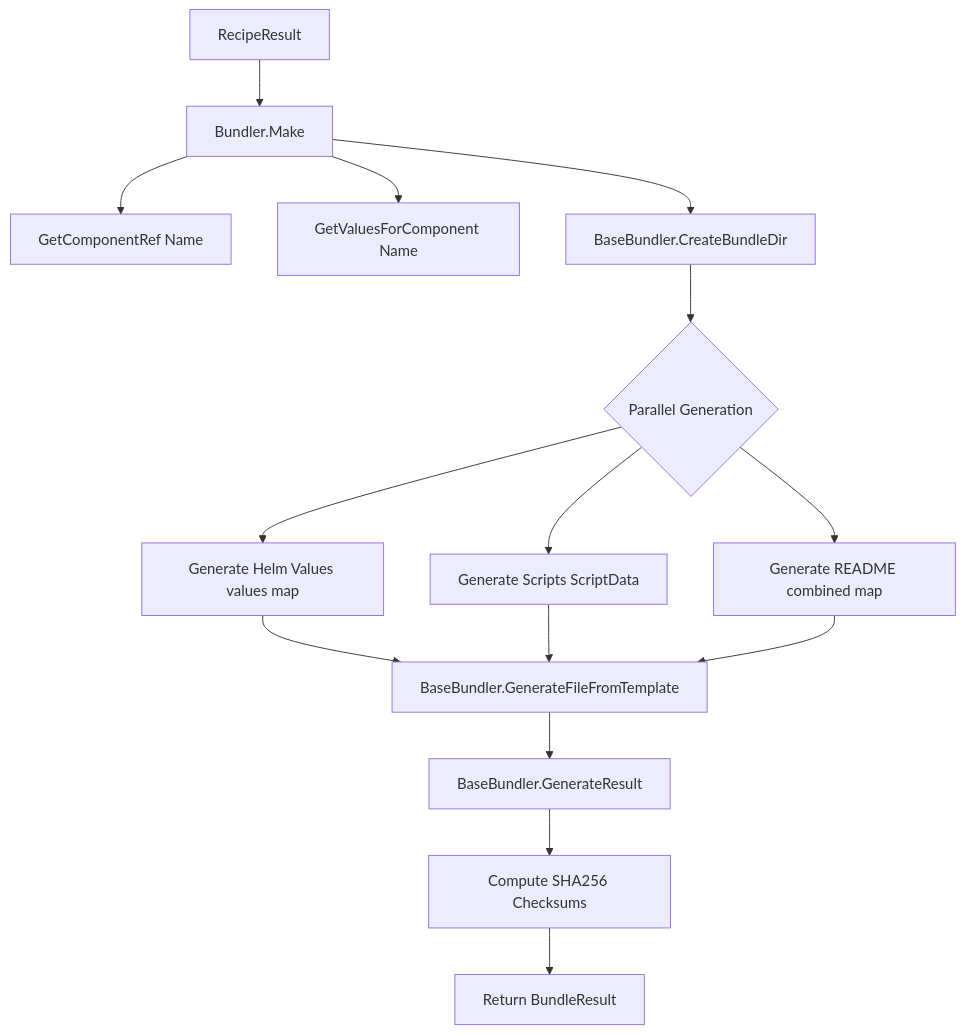
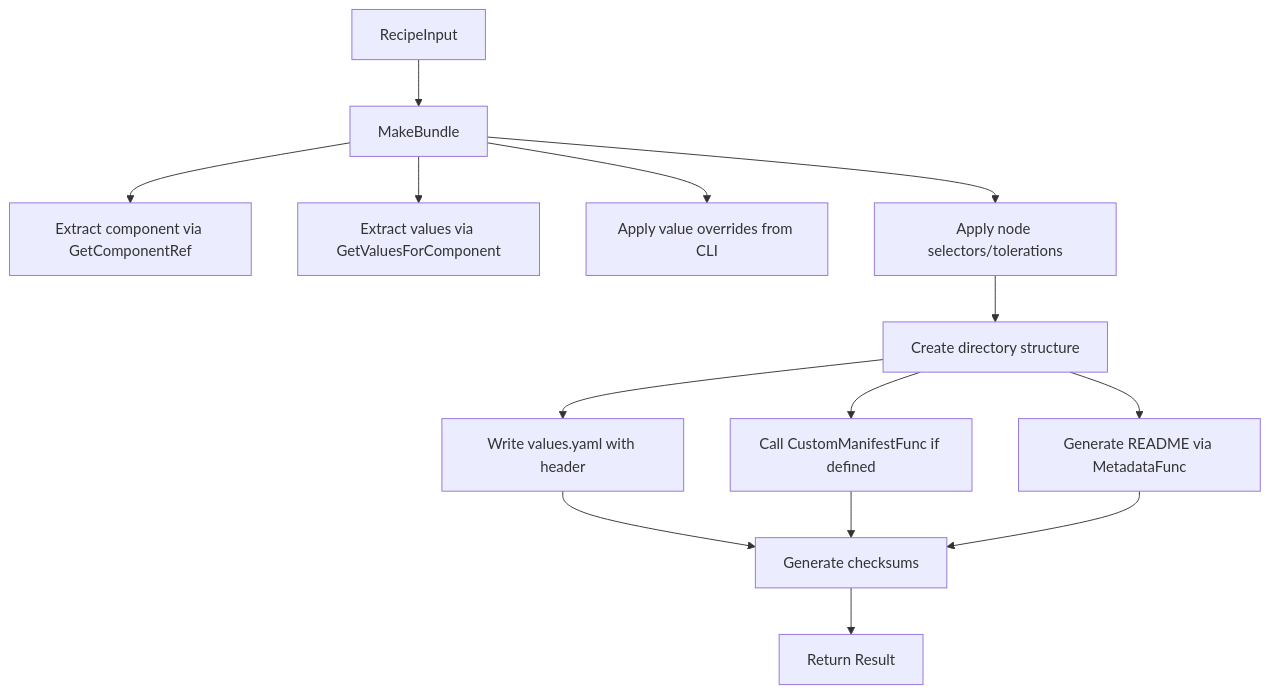
Diagram 12 of 13 in docs/architecture/README.md (yuanchen8911/cloud-native-stack), drawn with Mermaid before and after one commit. The commit also changed other lines of this file and 21 other files, not shown here.

Commit message:
chore: generalize component bundle generation logic

````diff
--- a/docs/architecture/README.md
+++ b/docs/architecture/README.md
@@ -763,22 +739,21 @@
 ```mermaid
 flowchart TD
-    A[RecipeResult] --> B[Bundler.Make]
+    A[RecipeInput] --> B[MakeBundle]
     
-    B --> B1[GetComponentRef Name]
-    B --> B2[GetValuesForComponent Name]
-    B --> B3[BaseBundler.CreateBundleDir]
+    B --> B1[Extract component via GetComponentRef]
+    B --> B2[Extract values via GetValuesForComponent]
+    B --> B3[Apply value overrides from CLI]
+    B --> B4[Apply node selectors/tolerations]
     
-    B3 --> C{Parallel Generation}
+    B4 --> C[Create directory structure]
     
-    C --> C1[Generate Helm Values values map]
-    C --> C2[Generate Scripts ScriptData]
-    C --> C3[Generate README combined map]
+    C --> D1[Write values.yaml with header]
+    C --> D2[Call CustomManifestFunc if defined]
+    C --> D3[Generate README via MetadataFunc]
     
-    C1 --> D[BaseBundler.GenerateFileFromTemplate]
-    C2 --> D
-    C3 --> D
+    D1 --> E[Generate checksums]
+    D2 --> E
+    D3 --> E
     
-    D --> E[BaseBundler.GenerateResult]
-    E --> F[Compute SHA256 Checksums]
-    F --> G[Return BundleResult]
+    E --> F[Return Result]
 ```
````
